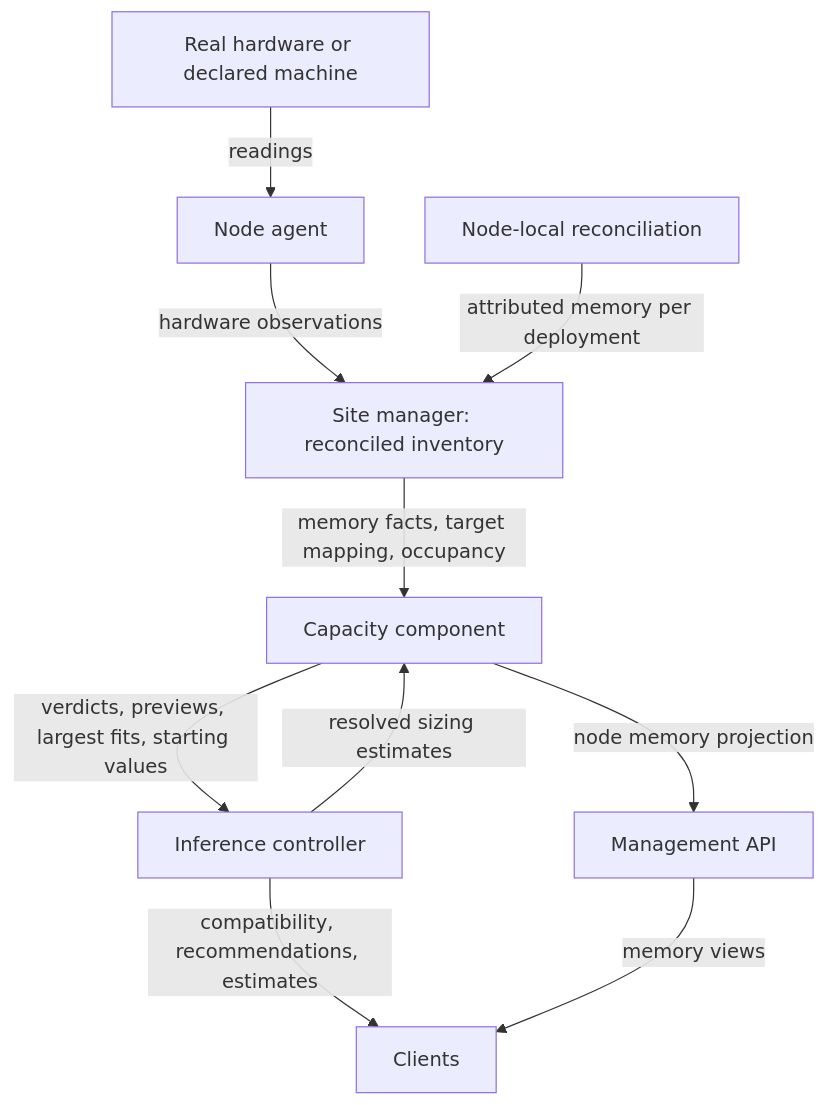
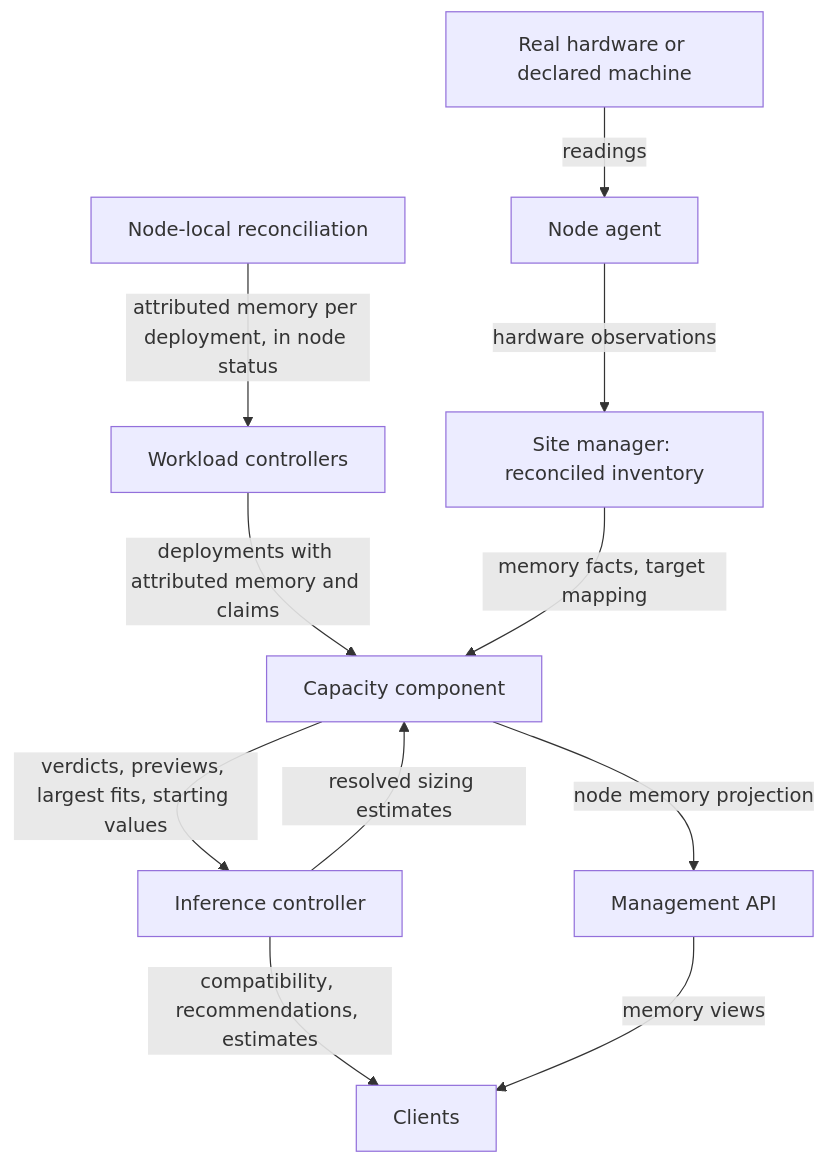
Before and after one commit to dotcoreai/dotcore: the first of 3 diagrams in docs/specs/machines.md, drawn with Mermaid. The commit also changed other lines of this file and 5 other files, not shown here.

````diff
--- a/docs/specs/machines.md
+++ b/docs/specs/machines.md
@@ -28,12 +28,13 @@
 ```mermaid
 flowchart TB
   HW["Real hardware or declared machine"] -->|"readings"| NA["Node agent"]
   NA -->|"hardware observations"| INV["Site manager: reconciled inventory"]
-  REC["Node-local reconciliation"] -->|"attributed memory per deployment"| INV
-  INV -->|"memory facts, target mapping, occupancy"| CAP["Capacity component"]
+  REC["Node-local reconciliation"] -->|"attributed memory per deployment, in node status"| CTRL["Workload controllers"]
+  CTRL -->|"deployments with attributed memory and claims"| CAP["Capacity component"]
+  INV -->|"memory facts, target mapping"| CAP
   IC["Inference controller"] -->|"resolved sizing estimates"| CAP
   CAP -->|"verdicts, previews, largest fits, starting values"| IC
   CAP -->|"node memory projection"| API["Management API"]
   IC -->|"compatibility, recommendations, estimates"| CL["Clients"]
   API -->|"memory views"| CL
 ```
````
